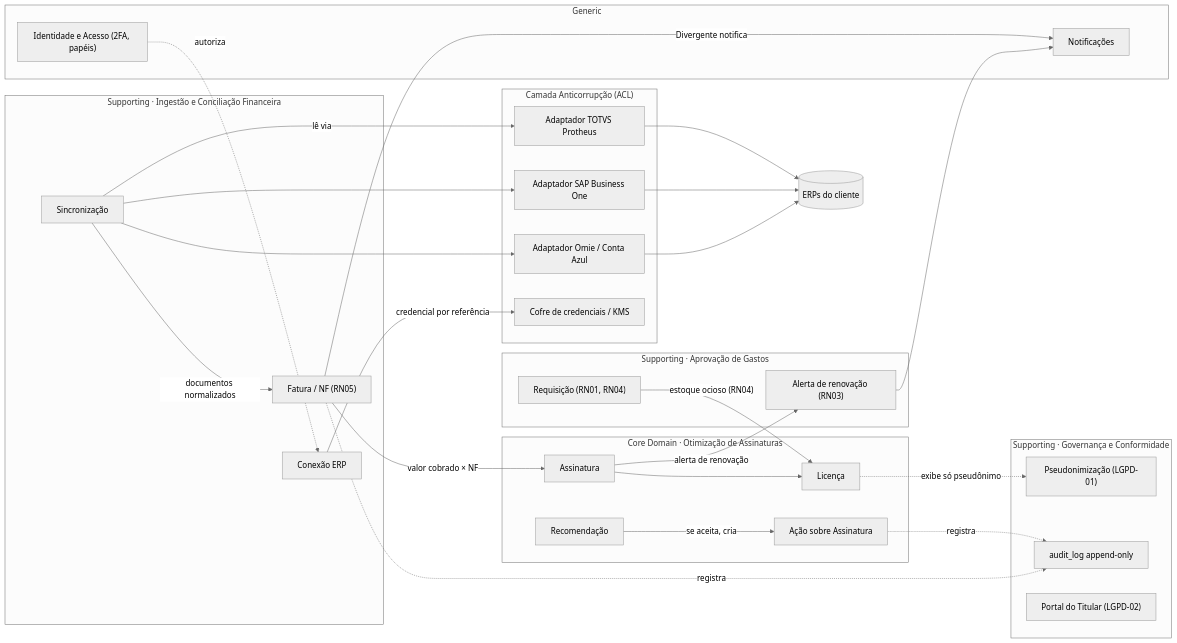
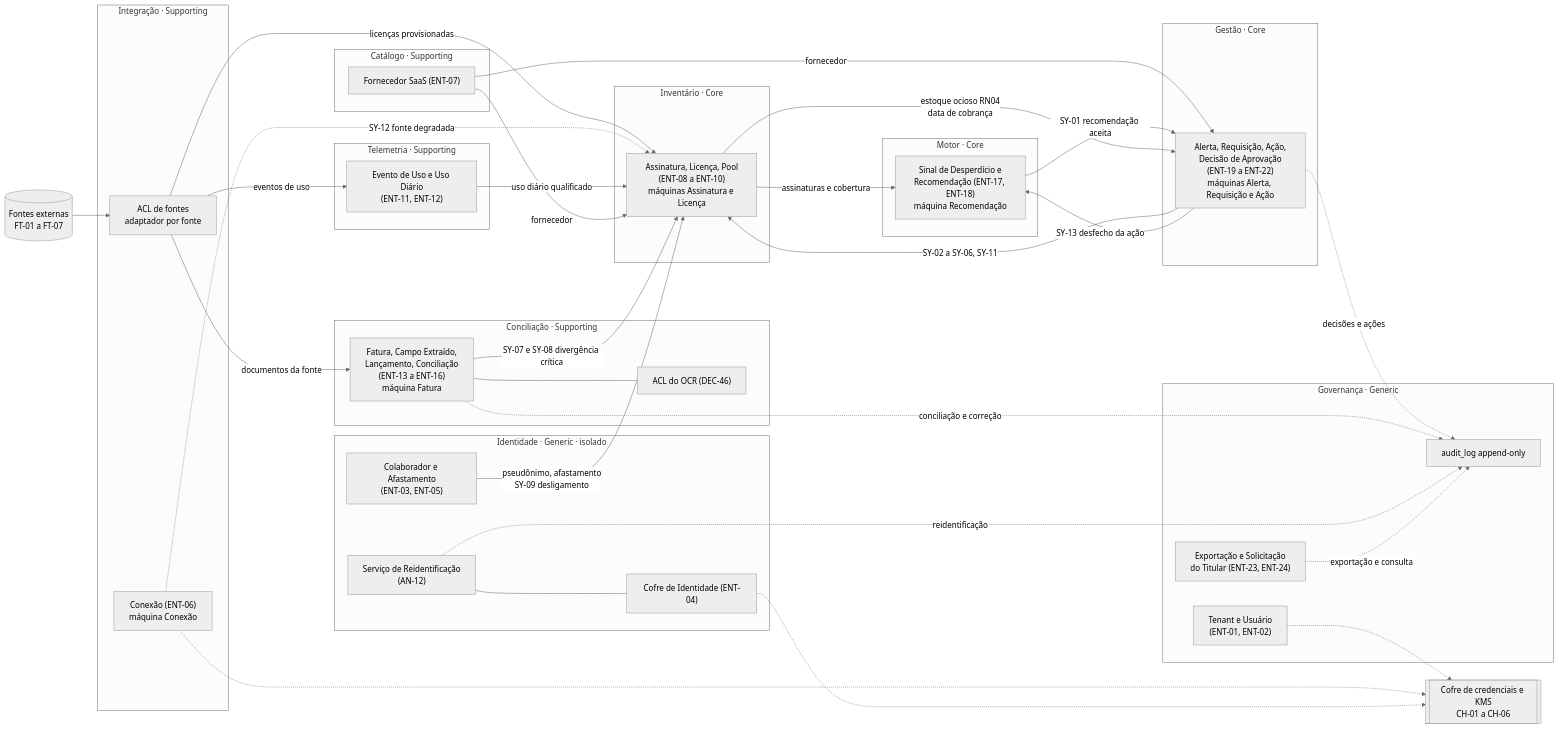
Before and after one commit to ES-2026-2/PS: the first of 8 diagrams in semana-07/entregavel-03-diagramas-uml.md, drawn with Mermaid (neutral theme). The commit also changed other lines of this file, not shown here.

````diff
--- a/semana-07/entregavel-03-diagramas-uml.md
+++ b/semana-07/entregavel-03-diagramas-uml.md
@@ -34,53 +116,74 @@
 ```mermaid
 flowchart LR
-  subgraph CORE["Core Domain · Otimização de Assinaturas"]
-    A1["Assinatura"]
-    A2["Licença"]
-    A3["Recomendação"]
-    A4["Ação sobre Assinatura"]
-  end
-  subgraph SUP1["Supporting · Ingestão e Conciliação Financeira"]
-    S1["Conexão ERP"]
-    S2["Sincronização"]
-    S3["Fatura / NF (RN05)"]
-  end
-  subgraph SUP2["Supporting · Aprovação de Gastos"]
-    S4["Requisição (RN01, RN04)"]
-    S5["Alerta de renovação (RN03)"]
-  end
-  subgraph SUP3["Supporting · Governança e Conformidade"]
-    S6["Pseudonimização (LGPD-01)"]
-    S7["audit_log append-only"]
-    S8["Portal do Titular (LGPD-02)"]
-  end
-  subgraph GEN["Generic"]
-    G1["Identidade e Acesso (2FA, papéis)"]
-    G2["Notificações"]
-  end
-  subgraph ACL["Camada Anticorrupção (ACL)"]
-    X1["Adaptador TOTVS Protheus"]
-    X2["Adaptador SAP Business One"]
-    X3["Adaptador Omie / Conta Azul"]
-    X4["Cofre de credenciais / KMS"]
-  end
-  EXT1[("ERPs do cliente")]
-  X1 --> EXT1
-  X2 --> EXT1
-  X3 --> EXT1
-  S1 -->|"credencial por referência"| X4
-  S2 -->|"lê via"| X1
-  S2 --> X2
-  S2 --> X3
-  S2 -->|"documentos normalizados"| S3
-  S3 -->|"valor cobrado × NF"| A1
-  A1 --> A2
-  A3 -->|"se aceita, cria"| A4
-  A1 -->|"alerta de renovação"| S5
-  S4 -->|"estoque ocioso (RN04)"| A2
-  A2 -.->|"exibe só pseudônimo"| S6
-  A4 -.->|"registra"| S7
-  S3 -.->|"registra"| S7
-  S3 -->|"Divergente notifica"| G2
-  S5 --> G2
-  G1 -.->|"autoriza"| S1
+    EXT[("Fontes externas<br/>FT-01 a FT-07")]
+    KMS[["Cofre de credenciais e KMS<br/>CH-01 a CH-06"]]
+
+    subgraph INT["Integração · Supporting"]
+        INT1["Conexão (ENT-06)<br/>máquina Conexão"]
+        ACLF["ACL de fontes<br/>adaptador por fonte"]
+    end
+
+    subgraph TEL["Telemetria · Supporting"]
+        TEL1["Evento de Uso e Uso Diário<br/>(ENT-11, ENT-12)"]
+    end
+
+    subgraph CAT["Catálogo · Supporting"]
+        CAT1["Fornecedor SaaS (ENT-07)"]
+    end
+
+    subgraph CON["Conciliação · Supporting"]
+        CON1["Fatura, Campo Extraído,<br/>Lançamento, Conciliação<br/>(ENT-13 a ENT-16)<br/>máquina Fatura"]
+        ACLO["ACL do OCR (DEC-46)"]
+    end
+
+    subgraph IDE["Identidade · Generic · isolado"]
+        IDE1["Colaborador e Afastamento<br/>(ENT-03, ENT-05)"]
+        IDE2["Cofre de Identidade (ENT-04)"]
+        IDE3["Serviço de Reidentificação<br/>(AN-12)"]
+    end
+
+    subgraph INV["Inventário · Core"]
+        INV1["Assinatura, Licença, Pool<br/>(ENT-08 a ENT-10)<br/>máquinas Assinatura e Licença"]
+    end
+
+    subgraph MOT["Motor · Core"]
+        MOT1["Sinal de Desperdício e<br/>Recomendação (ENT-17, ENT-18)<br/>máquina Recomendação"]
+    end
+
+    subgraph GES["Gestão · Core"]
+        GES1["Alerta, Requisição, Ação,<br/>Decisão de Aprovação<br/>(ENT-19 a ENT-22)<br/>máquinas Alerta, Requisição e Ação"]
+    end
+
+    subgraph GOV["Governança · Generic"]
+        GOV1["Tenant e Usuário<br/>(ENT-01, ENT-02)"]
+        GOV2["Exportação e Solicitação<br/>do Titular (ENT-23, ENT-24)"]
+        GOV3["audit_log append-only"]
+    end
+
+    EXT --> ACLF
+    CON1 --- ACLO
+    ACLF -->|"documentos da fonte"| CON1
+    ACLF -->|"eventos de uso"| TEL1
+    ACLF -->|"licenças provisionadas"| INV1
+    INT1 -.->|"SY-12 fonte degradada"| INV1
+    TEL1 -->|"uso diário qualificado"| INV1
+    CAT1 -->|"fornecedor"| INV1
+    CAT1 -->|"fornecedor"| GES1
+    CON1 -->|"SY-07 e SY-08 divergência crítica"| INV1
+    IDE1 -->|"pseudônimo, afastamento<br/>SY-09 desligamento"| INV1
+    IDE3 --- IDE2
+    INV1 -->|"assinaturas e cobertura"| MOT1
+    MOT1 -->|"SY-01 recomendação aceita"| GES1
+    GES1 -->|"SY-02 a SY-06, SY-11"| INV1
+    INV1 -->|"estoque ocioso RN04<br/>data de cobrança"| GES1
+    GES1 -->|"SY-13 desfecho da ação"| MOT1
+
+    INT1 -.-> KMS
+    GOV1 -.-> KMS
+    IDE2 -.-> KMS
+
+    GES1 -.->|"decisões e ações"| GOV3
+    CON1 -.->|"conciliação e correção"| GOV3
+    IDE3 -.->|"reidentificação"| GOV3
+    GOV2 -.->|"exportação e consulta"| GOV3
 ```
````
